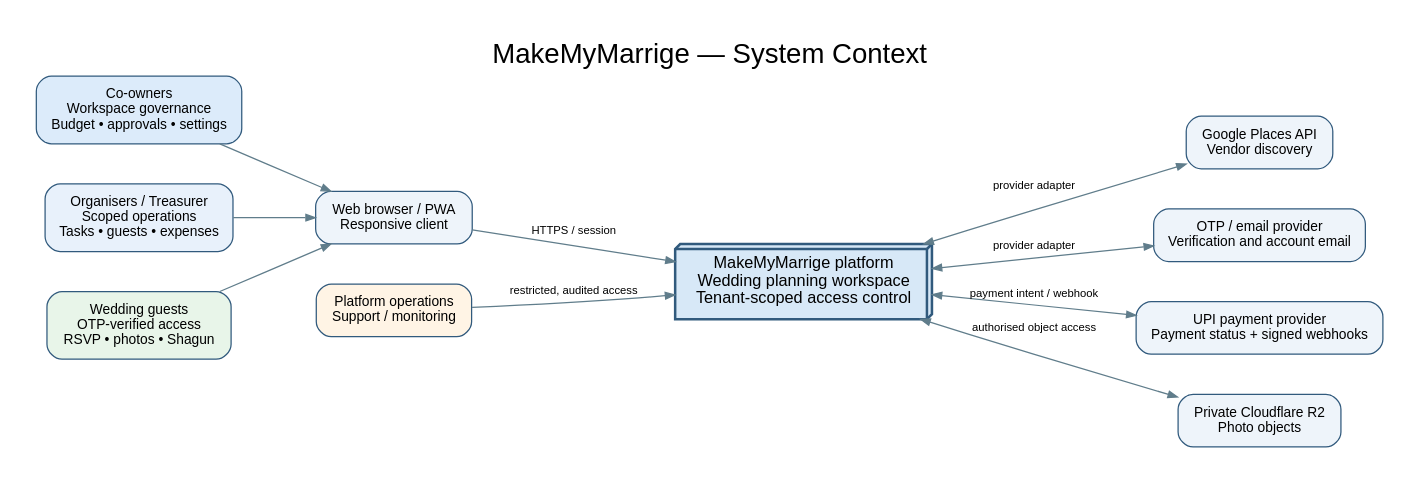
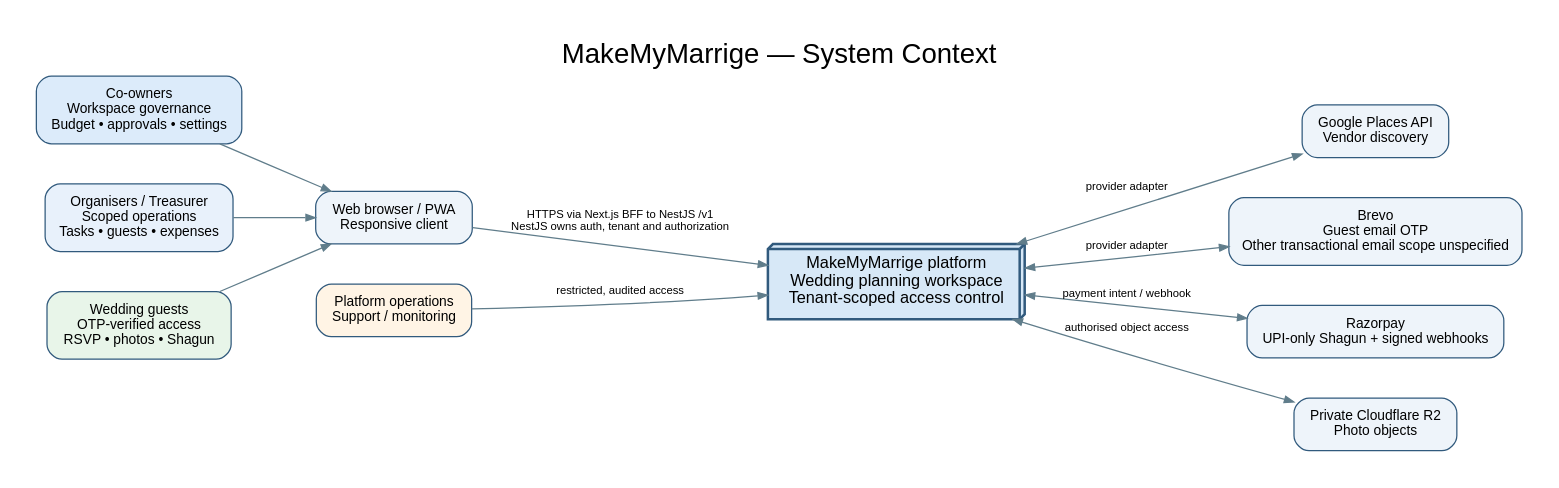
The diagram in docs/02-system-architecture/diagrams/system-context.dot (codeX4r/make-my-marrige), drawn with Graphviz before and after one commit. The commit also changed 24 other files, not shown here.

```diff
--- a/docs/02-system-architecture/diagrams/system-context.dot
+++ b/docs/02-system-architecture/diagrams/system-context.dot
@@ -1,22 +1,22 @@
 digraph G {
  graph [rankdir=LR, bgcolor="white", pad="0.3", nodesep="0.45", ranksep="0.8", labelloc=t, label="MakeMyMarrige — System Context", fontsize=22, fontname="Arial"];
  node [shape=box, style="rounded,filled", fontname="Arial", fontsize=11, margin="0.18,0.12", color="#315A7D", fillcolor="#EEF4FA"];
  edge [fontname="Arial", fontsize=9, color="#607D8B", arrowsize=0.75];
  co [label="Co-owners\nWorkspace governance\nBudget • approvals • settings", fillcolor="#DCEBFA"];
  org [label="Organisers / Treasurer\nScoped operations\nTasks • guests • expenses", fillcolor="#E8F1FB"];
  guest [label="Wedding guests\nOTP-verified access\nRSVP • photos • Shagun", fillcolor="#E8F5E9"];
  browser [label="Web browser / PWA\nResponsive client"];
  system [label="MakeMyMarrige platform\nWedding planning workspace\nTenant-scoped access control", shape=box3d, fillcolor="#D7E8F7", penwidth=2, fontsize=13];
  places [label="Google Places API\nVendor discovery"];
- otp [label="OTP / email provider\nVerification and account email"];
- upi [label="UPI payment provider\nPayment status + signed webhooks"];
+ otp [label="Brevo\nGuest email OTP\nOther transactional email scope unspecified"];
+ upi [label="Razorpay\nUPI-only Shagun + signed webhooks"];
  storage [label="Private Cloudflare R2\nPhoto objects"];
  ops [label="Platform operations\nSupport / monitoring", fillcolor="#FFF4E5"];
  co -> browser; org -> browser; guest -> browser;
- browser -> system [label="HTTPS / session"];
+ browser -> system [label="HTTPS via Next.js BFF to NestJS /v1\nNestJS owns auth, tenant and authorization"];
  system -> places [dir=both, label="provider adapter"];
  system -> otp [dir=both, label="provider adapter"];
  system -> upi [dir=both, label="payment intent / webhook"];
  system -> storage [dir=both, label="authorised object access"];
  ops -> system [label="restricted, audited access"];
 }
```
